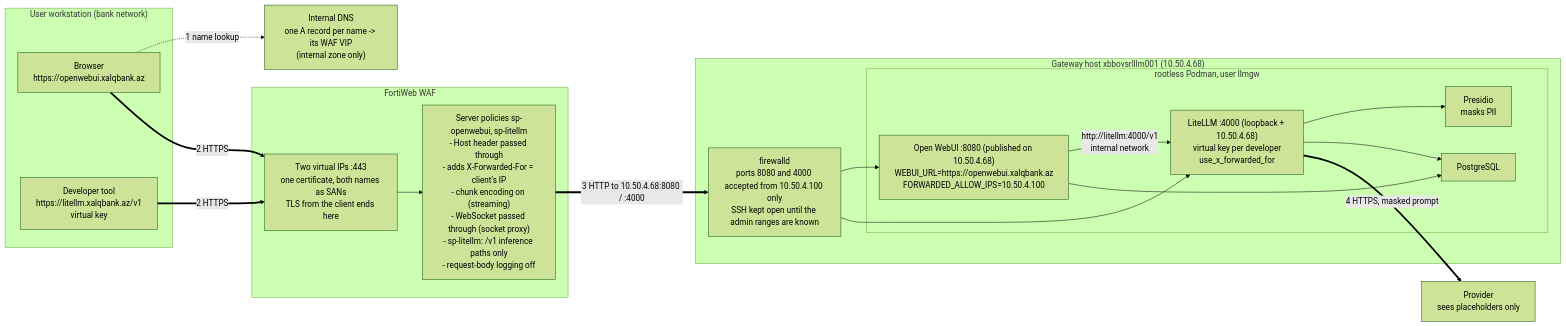
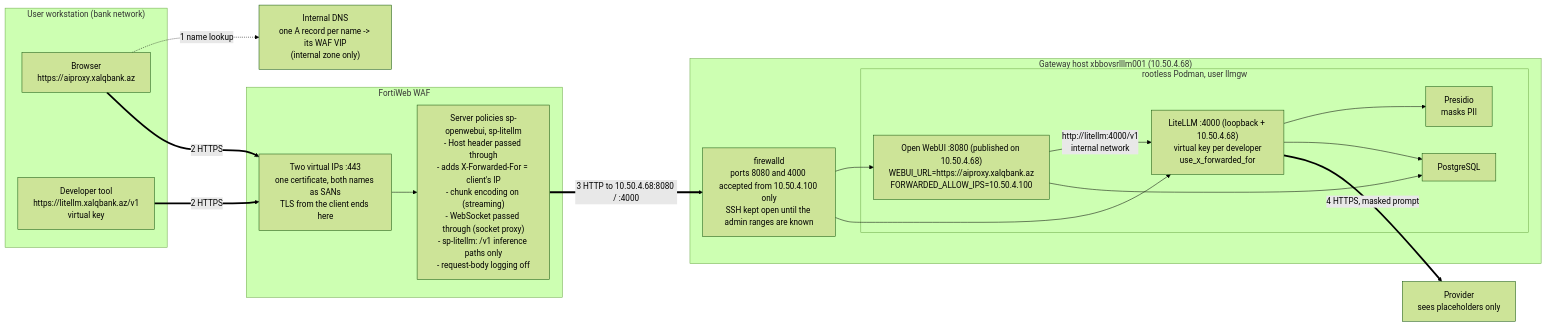
The diagram in docs/08-exposure.md (nafud/litellm), drawn with Mermaid (forest theme) before and after one commit. The commit also changed other lines of this file and 3 other files, not shown here.

First line of the commit message:
Rename the Open WebUI hostname to aiproxy.xalqbank.az

````diff
--- a/docs/08-exposure.md
+++ b/docs/08-exposure.md
@@ -17,34 +17,34 @@
 ```mermaid
 flowchart LR
   subgraph user["User workstation (bank network)"]
-    browser["Browser<br/>https://openwebui.xalqbank.az"]
+    browser["Browser<br/>https://aiproxy.xalqbank.az"]
     dev["Developer tool<br/>https://litellm.xalqbank.az/v1<br/>virtual key"]
   end
   dns["Internal DNS<br/>one A record per name -> its WAF VIP<br/>(internal zone only)"]
   subgraph waf["FortiWeb WAF"]
     vip["Two virtual IPs :443<br/>one certificate, both names as SANs<br/>TLS from the client ends here"]
     rules["Server policies sp-openwebui, sp-litellm<br/>- Host header passed through<br/>- adds X-Forwarded-For = client's IP<br/>- chunk encoding on (streaming)<br/>- WebSocket passed through (socket proxy)<br/>- sp-litellm: /v1 inference paths only<br/>- request-body logging off"]
     vip --> rules
   end
   subgraph host["Gateway host xbbovsrlllm001 (10.50.4.68)"]
     fw["firewalld<br/>ports 8080 and 4000 accepted from 10.50.4.100 only<br/>SSH kept open until the admin ranges are known"]
     subgraph podman["rootless Podman, user llmgw"]
-      owui["Open WebUI :8080 (published on 10.50.4.68)<br/>WEBUI_URL=https://openwebui.xalqbank.az<br/>FORWARDED_ALLOW_IPS=10.50.4.100"]
+      owui["Open WebUI :8080 (published on 10.50.4.68)<br/>WEBUI_URL=https://aiproxy.xalqbank.az<br/>FORWARDED_ALLOW_IPS=10.50.4.100"]
       litellm["LiteLLM :4000 (loopback + 10.50.4.68)<br/>virtual key per developer<br/>use_x_forwarded_for"]
       presidio["Presidio<br/>masks PII"]
       pg["PostgreSQL"]
       owui -- "http://litellm:4000/v1<br/>internal network" --> litellm
       litellm --> presidio
       litellm --> pg
       owui --> pg
     end
     fw --> owui
     fw --> litellm
   end
   provider["Provider<br/>sees placeholders only"]
   browser -. "1 name lookup" .-> dns
   browser == "2 HTTPS" ==> vip
   dev == "2 HTTPS" ==> vip
   rules == "3 HTTP to 10.50.4.68:8080 / :4000" ==> fw
   litellm == "4 HTTPS, masked prompt" ==> provider
 ```
````
